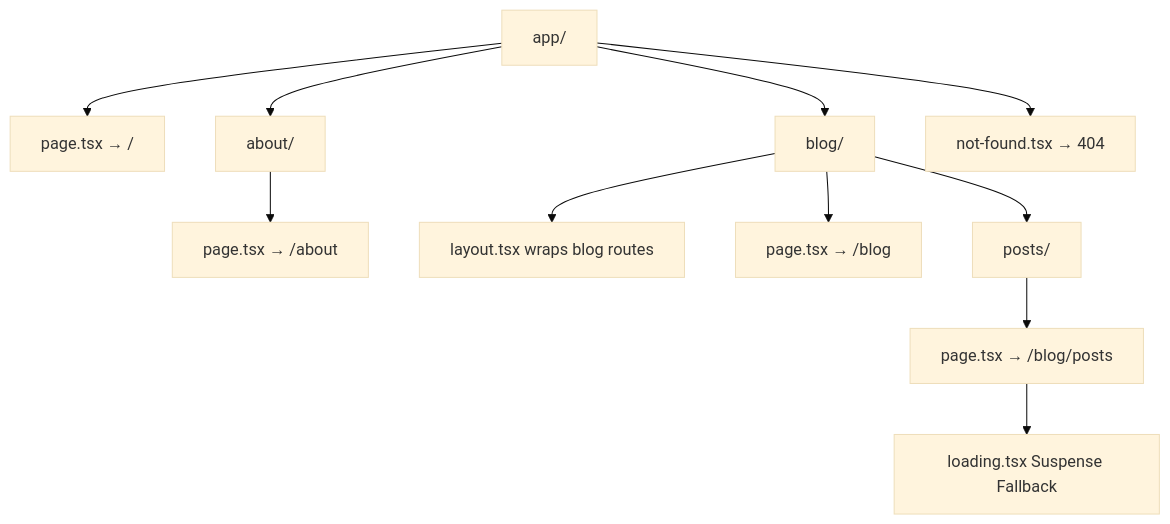
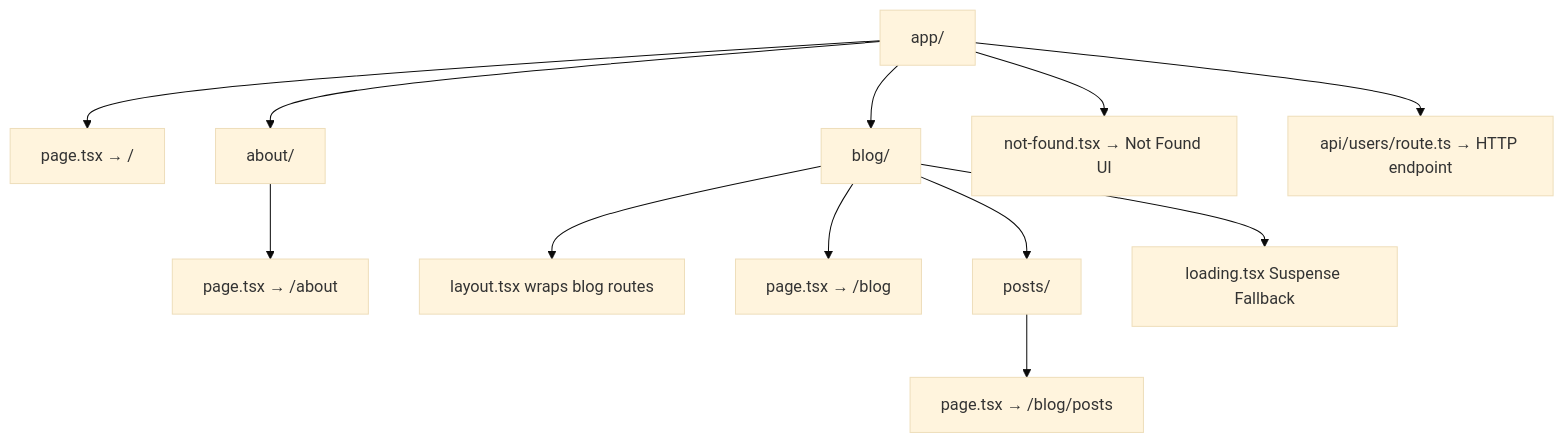
One commit to kaushalkumar8459/CodingTerminal-Tutorial-Notes changed the diagram in tutorial-platform/public/tutorials/nextjs/day-003-file-based-routing-basics.md. Above: the diagram before and after it, drawn with Mermaid (base theme). The commit also changed other lines of this file, not shown here.

````diff
--- a/tutorial-platform/public/tutorials/nextjs/day-003-file-based-routing-basics.md
+++ b/tutorial-platform/public/tutorials/nextjs/day-003-file-based-routing-basics.md
@@ -318,13 +319,14 @@
 ```mermaid
 flowchart TD
   A[app/] --> B[page.tsx → /]
   A --> C[about/]
   A --> D[blog/]
   C --> E[page.tsx → /about]
   D --> F[layout.tsx wraps blog routes]
   D --> G[page.tsx → /blog]
   D --> H[posts/]
   H --> I[page.tsx → /blog/posts]
-  I --> J[loading.tsx Suspense Fallback]
-  A --> K[not-found.tsx → 404]
+  D --> J[loading.tsx Suspense Fallback]
+  A --> K[not-found.tsx → Not Found UI]
+  A --> L[api/users/route.ts → HTTP endpoint]
 ```
````
